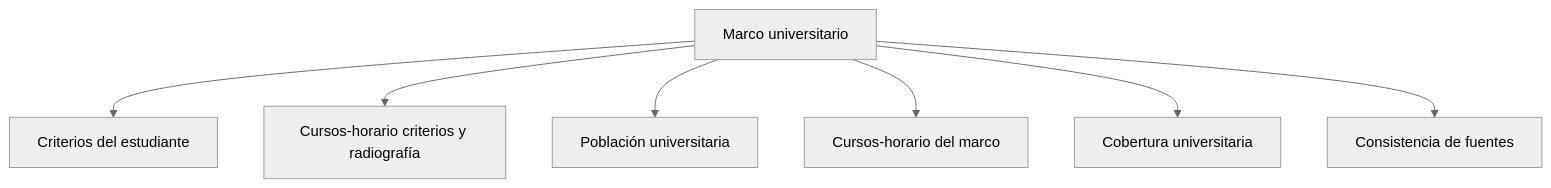
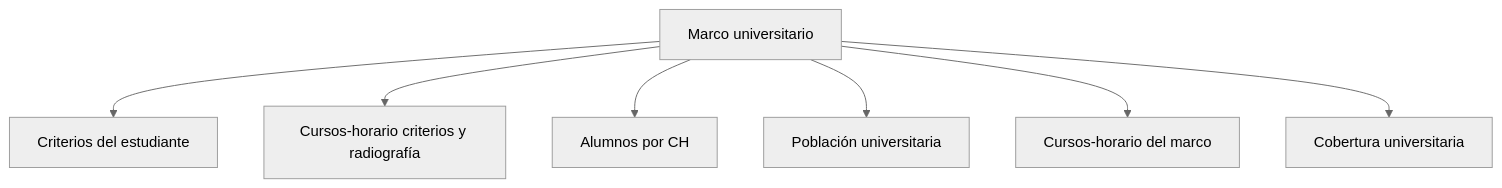
Before and after one commit to GonzaloAlmendariz/prosecnur-app: the diagram in Obsidian_Prosecnur/Prosecnur/Módulos/05 Calculador de muestras/Modos/01 Muestra de cursos-horario/Secciones/02 Marco/Marco.md, drawn with Mermaid (neutral theme). The commit also changed other lines of this file and 69 other files, not shown here.

Commit message:
feat(calculo-muestra): hace que Marco decida los alumnos por CH

````diff
--- a/Obsidian_Prosecnur/Prosecnur/Módulos/05 Calculador de muestras/Modos/01 Muestra de cursos-horario/Secciones/02 Marco/Marco.md
+++ b/Obsidian_Prosecnur/Prosecnur/Módulos/05 Calculador de muestras/Modos/01 Muestra de cursos-horario/Secciones/02 Marco/Marco.md
@@ -26,10 +26,10 @@
 ```mermaid
 flowchart TD
     N["Marco universitario"]
     N --> C1["Criterios del estudiante"]
     N --> C2["Cursos-horario criterios y radiografía"]
-    N --> C3["Población universitaria"]
-    N --> C4["Cursos-horario del marco"]
-    N --> C5["Cobertura universitaria"]
-    N --> C6["Consistencia de fuentes"]
+    N --> C3["Alumnos por CH"]
+    N --> C4["Población universitaria"]
+    N --> C5["Cursos-horario del marco"]
+    N --> C6["Cobertura universitaria"]
 ```
````
